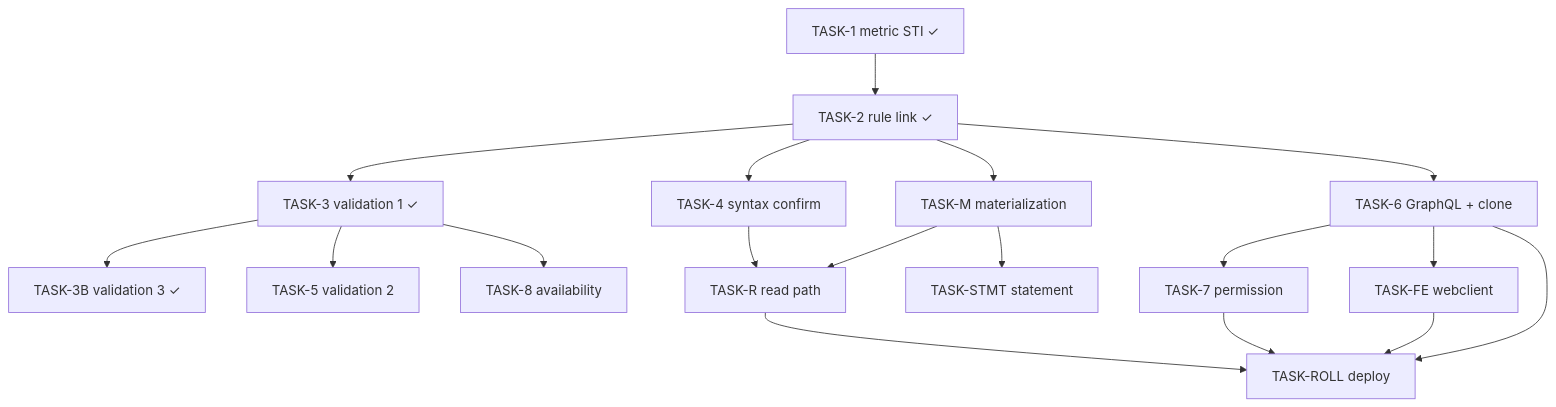
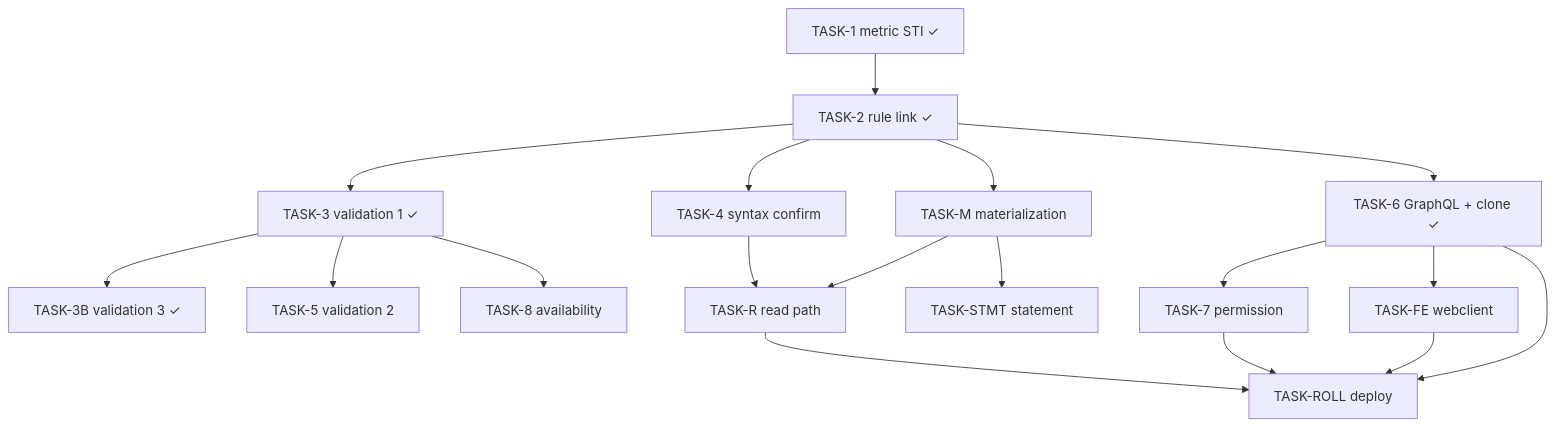
One commit to plribeiro3000/dot-claude-plans changed the diagram in active/app/output-variables/TASKS.md. Above: the diagram before and after it, drawn with Mermaid. The commit also changed other lines of this file and 18 other files, not shown here.

````diff
--- a/active/app/output-variables/TASKS.md
+++ b/active/app/output-variables/TASKS.md
@@ -223,20 +247,20 @@
 ```mermaid
 graph TD
   T1[TASK-1 metric STI ✓] --> T2[TASK-2 rule link ✓]
   T2 --> T3[TASK-3 validation 1 ✓]
   T3 --> T3B[TASK-3B validation 3 ✓]
   T3 --> T5[TASK-5 validation 2]
   T2 --> T4[TASK-4 syntax confirm]
   T2 --> TM[TASK-M materialization]
   TM --> TR[TASK-R read path]
   T4 --> TR
-  T2 --> T6[TASK-6 GraphQL + clone]
+  T2 --> T6[TASK-6 GraphQL + clone ✓]
   T6 --> T7[TASK-7 permission]
   T6 --> TFE[TASK-FE webclient]
   T3 --> T8[TASK-8 availability]
   TM --> TSTMT[TASK-STMT statement]
   TR --> TROLL[TASK-ROLL deploy]
   T6 --> TROLL
   T7 --> TROLL
   TFE --> TROLL
 ```
````
